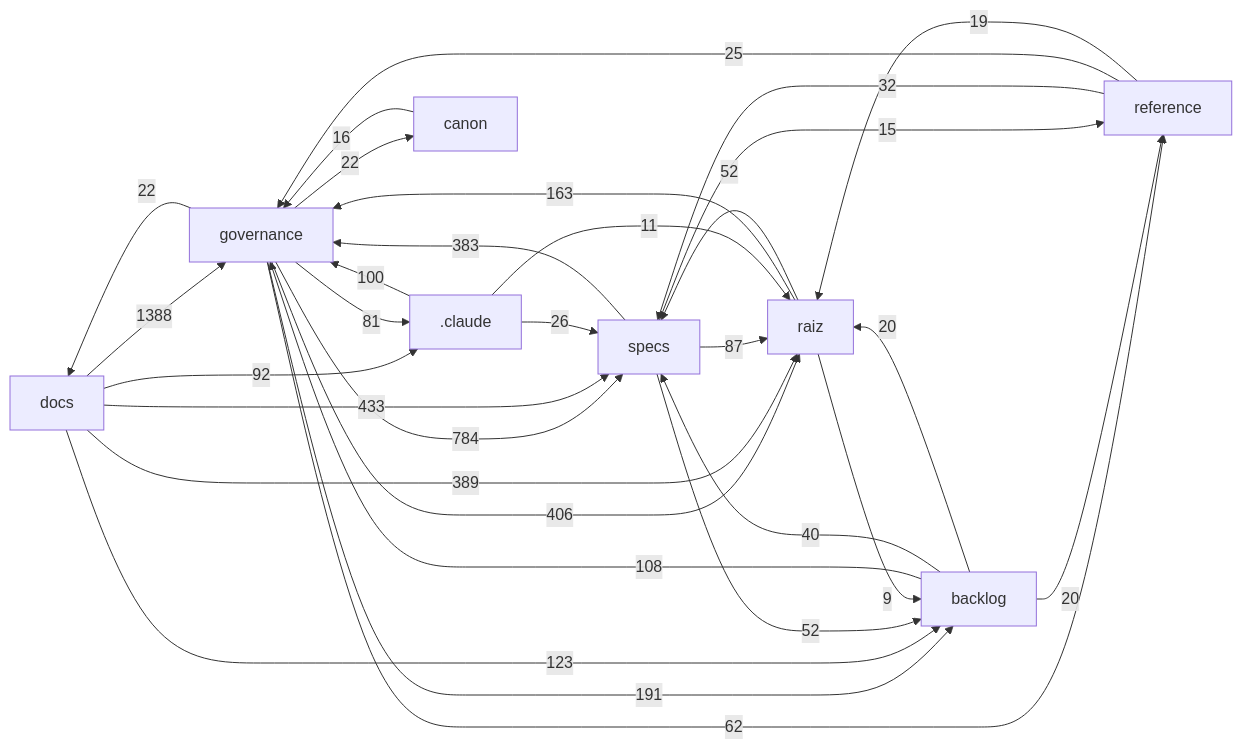
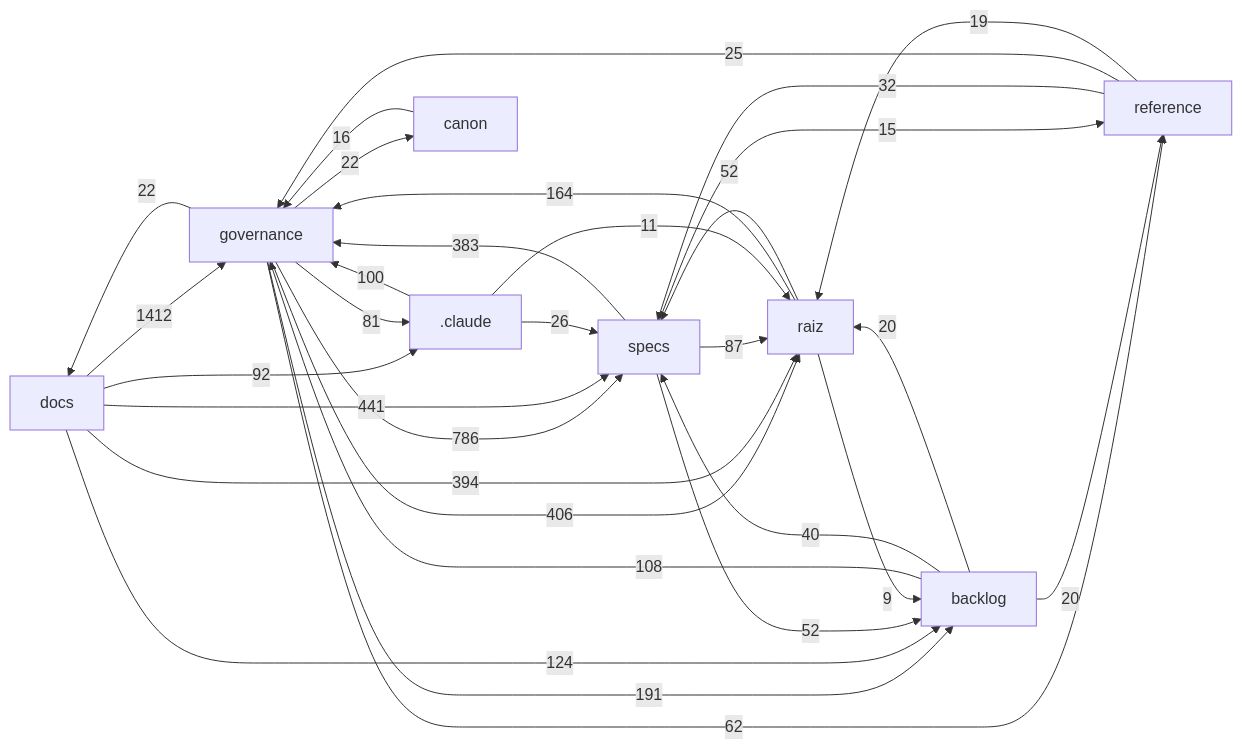
One commit to Andraus35/Sistema-Operacional-de-Trading--SOT changed the diagram in docs/mapa/MAPA-PROJETO.md. Above: the diagram before and after it, drawn with Mermaid. The commit also changed other lines of this file and 5 other files, not shown here.

````diff
--- a/docs/mapa/MAPA-PROJETO.md
+++ b/docs/mapa/MAPA-PROJETO.md
@@ -29,33 +29,33 @@
 ```mermaid
 flowchart LR
-  docs["docs"] -->|1388| governance["governance"]
-  governance["governance"] -->|784| specs["specs"]
-  docs["docs"] -->|433| specs["specs"]
+  docs["docs"] -->|1412| governance["governance"]
+  governance["governance"] -->|786| specs["specs"]
+  docs["docs"] -->|441| specs["specs"]
   governance["governance"] -->|406| raiz["raiz"]
-  docs["docs"] -->|389| raiz["raiz"]
+  docs["docs"] -->|394| raiz["raiz"]
   specs["specs"] -->|383| governance["governance"]
   governance["governance"] -->|191| backlog["backlog"]
-  raiz["raiz"] -->|163| governance["governance"]
-  docs["docs"] -->|123| backlog["backlog"]
+  raiz["raiz"] -->|164| governance["governance"]
+  docs["docs"] -->|124| backlog["backlog"]
   backlog["backlog"] -->|108| governance["governance"]
   _claude[".claude"] -->|100| governance["governance"]
   docs["docs"] -->|92| _claude[".claude"]
   specs["specs"] -->|87| raiz["raiz"]
   governance["governance"] -->|81| _claude[".claude"]
   governance["governance"] -->|62| reference["reference"]
   raiz["raiz"] -->|52| specs["specs"]
   specs["specs"] -->|52| backlog["backlog"]
   backlog["backlog"] -->|40| specs["specs"]
   reference["reference"] -->|32| specs["specs"]
   _claude[".claude"] -->|26| specs["specs"]
   reference["reference"] -->|25| governance["governance"]
   governance["governance"] -->|22| docs["docs"]
   governance["governance"] -->|22| canon["canon"]
   backlog["backlog"] -->|20| raiz["raiz"]
   backlog["backlog"] -->|20| reference["reference"]
   reference["reference"] -->|19| raiz["raiz"]
   canon["canon"] -->|16| governance["governance"]
   specs["specs"] -->|15| reference["reference"]
   _claude[".claude"] -->|11| raiz["raiz"]
   raiz["raiz"] -->|9| backlog["backlog"]
 ```
````
